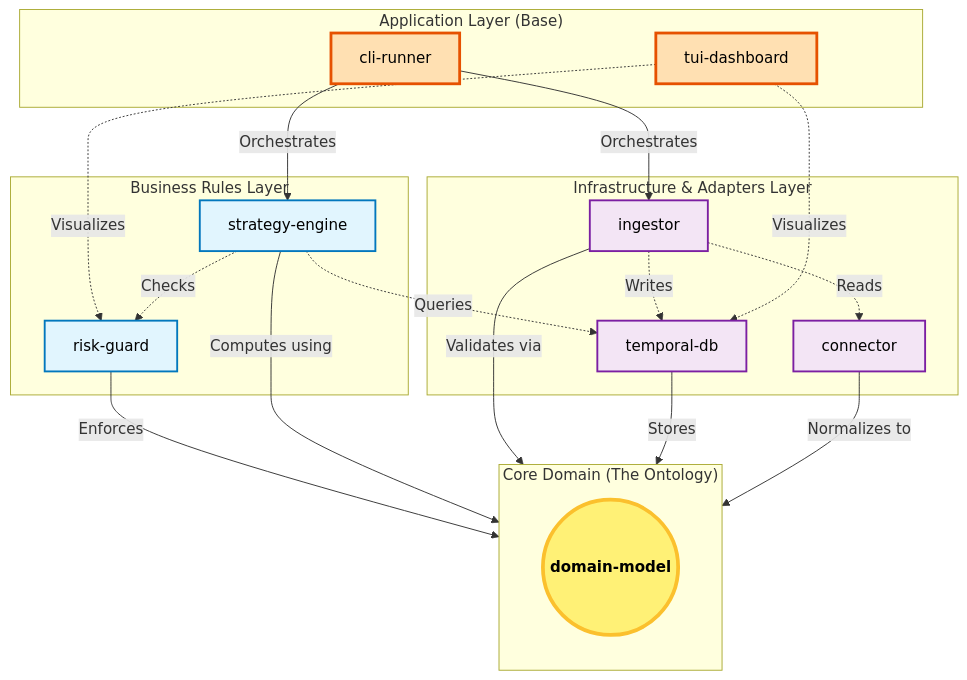
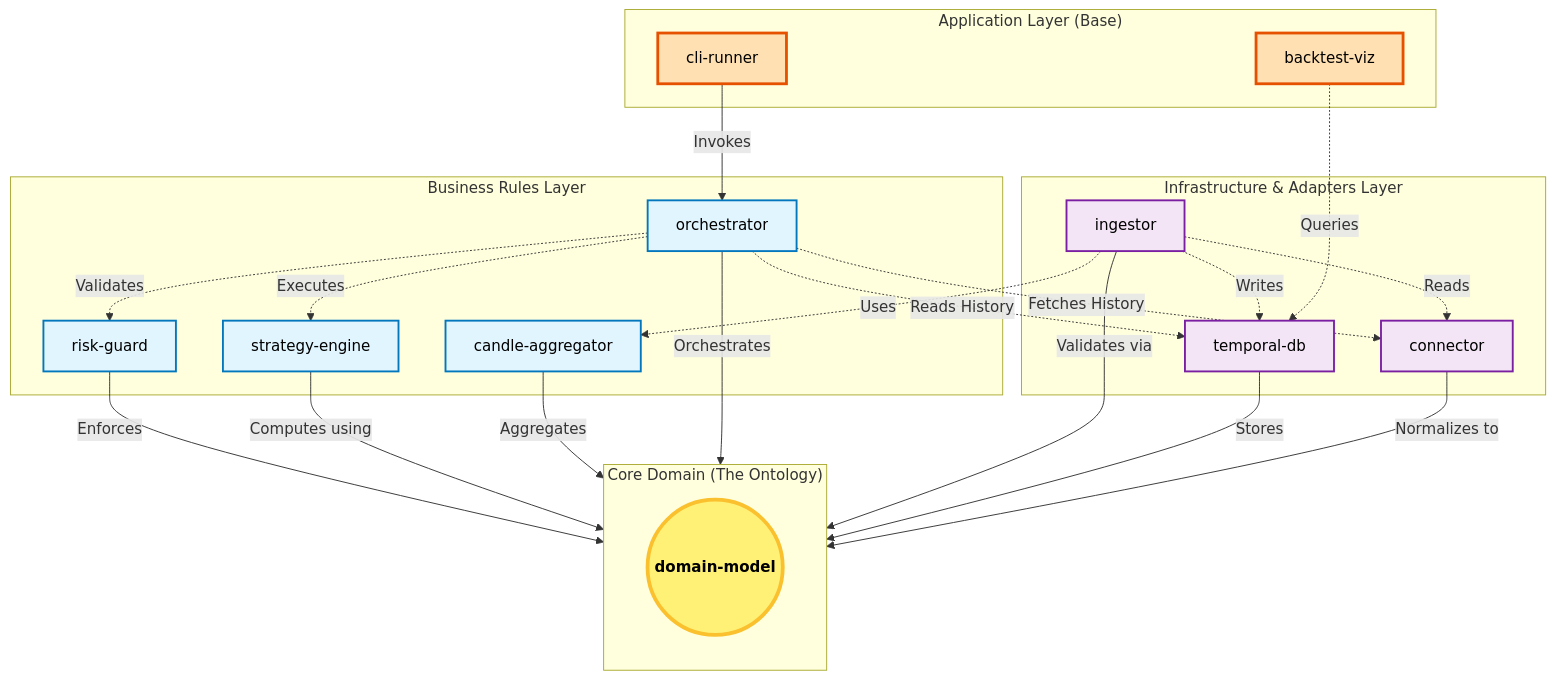
The second of 2 diagrams in README.md (Nexus-Quantitative/ark-engine), drawn with Mermaid before and after one commit. The commit also changed other lines of this file, not shown here.

Commit message:
docs: update Polylith component dependency graph and core components

``````diff
--- a/README.md
+++ b/README.md
@@ -62,57 +62,64 @@
 ```mermaid
 graph TD
     %% --- ESTILOS VISUAIS (Semântica) ---
     classDef nucleus fill:#fff176,stroke:#fbc02d,stroke-width:4px,color:black,font-weight:bold;
     classDef logic fill:#e1f5fe,stroke:#0277bd,stroke-width:2px,color:black;
     classDef infra fill:#f3e5f5,stroke:#7b1fa2,stroke-width:2px,color:black;
     classDef base fill:#ffe0b2,stroke:#e65100,stroke-width:3px,color:black;
 
     %% --- O NÚCLEO (A Verdade Universal) ---
     subgraph Core_Domain ["Core Domain (The Ontology)"]
         direction TB
         DOMAIN((domain-model)):::nucleus
     end
 
     %% --- CAMADA DE LÓGICA DE NEGÓCIO (Regras Puras) ---
     subgraph Business_Logic ["Business Rules Layer"]
         RISK[risk-guard]:::logic
         STRAT[strategy-engine]:::logic
+        CANDLE[candle-aggregator]:::logic
+        ORCH[orchestrator]:::logic
         
         %% Lógica depende do Domínio
         RISK -->|Enforces| DOMAIN
         STRAT -->|Computes using| DOMAIN
+        CANDLE -->|Aggregates| DOMAIN
+        ORCH -->|Orchestrates| DOMAIN
     end
 
     %% --- CAMADA DE INFRAESTRUTURA (Mecanismos) ---
     subgraph Infrastructure ["Infrastructure & Adapters Layer"]
         INGEST[ingestor]:::infra
         DB[temporal-db]:::infra
         CONN[connector]:::infra
         
         %% Infra depende do Domínio (Para saber o que gravar/ler)
         INGEST -->|Validates via| DOMAIN
         DB -->|Stores| DOMAIN
         CONN -->|Normalizes to| DOMAIN
         
         %% Conexões de Infra
         INGEST -.->|Reads| CONN
         INGEST -.->|Writes| DB
+        INGEST -.->|Uses| CANDLE
     end
 
     %% --- CAMADA DE APLICAÇÃO (Orquestração) ---
     subgraph App_Entry ["Application Layer (Base)"]
         CLI[cli-runner]:::base
-        TUI[tui-dashboard]:::base
+        VIZ[backtest-viz]:::base
         
         %% Aplicação amarra tudo
-        CLI ==>|Orchestrates| INGEST & STRAT
-        TUI -.->|Visualizes| RISK & DB
+        CLI ==>|Invokes| ORCH
+        VIZ -.->|Queries| DB
     end
 
     %% --- RELAÇÕES TRANSVERSAIS ---
-    STRAT -.->|Queries| DB
-    STRAT -.->|Checks| RISK
+    ORCH -.->|Fetches History| CONN
+    ORCH -.->|Reads History| DB
+    ORCH -.->|Executes| STRAT
+    ORCH -.->|Validates| RISK
 
     %% Layout forcing (Manter o DOMAIN no centro visual)
     linkStyle default stroke:#333,stroke-width:1px;
 `````
``````
